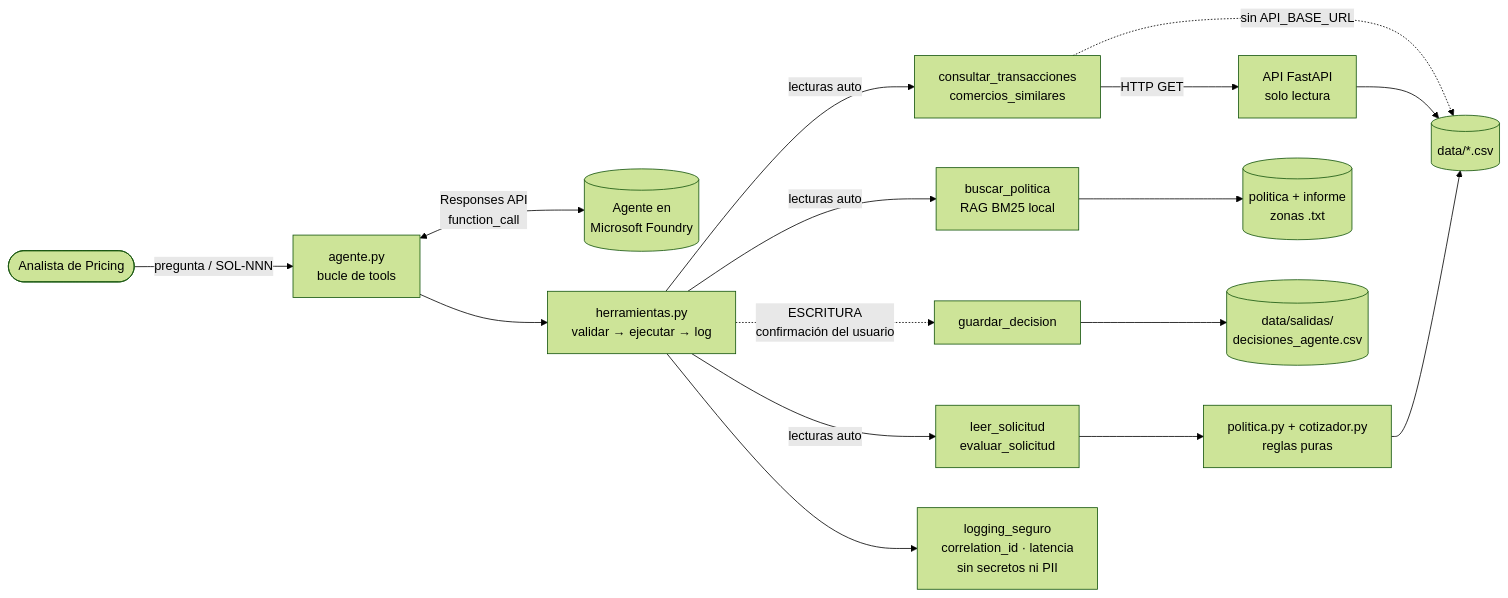
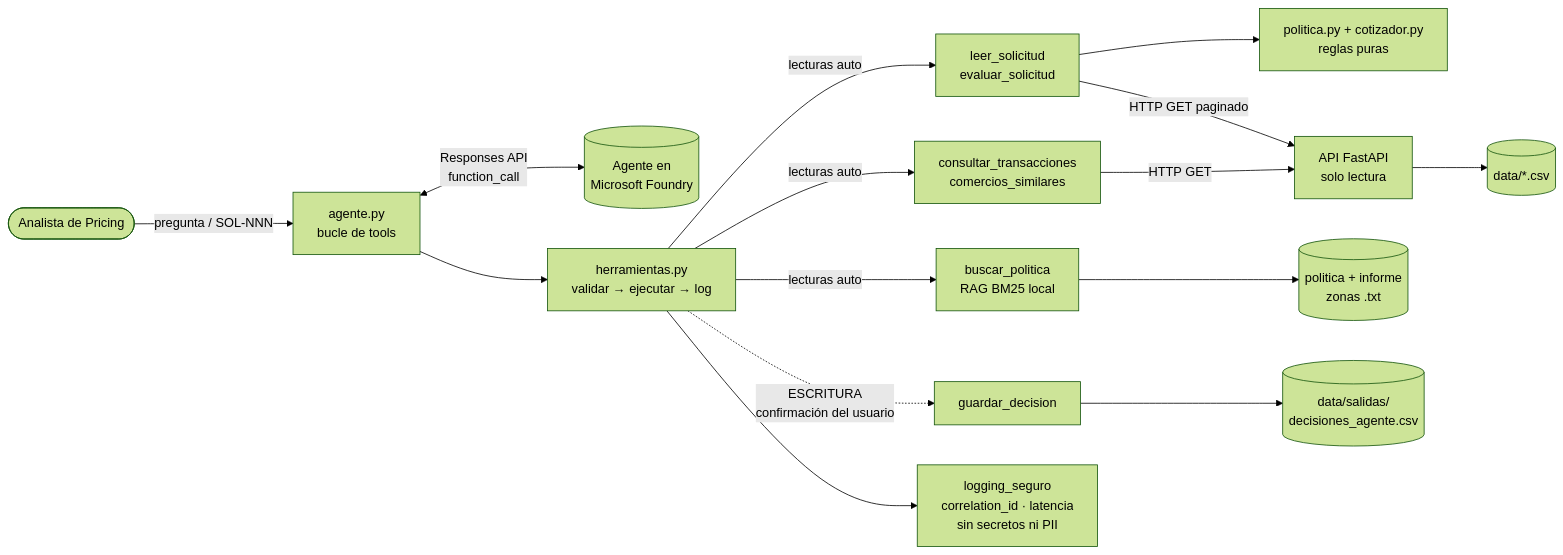
Before and after one commit to fabriquin56123/agente_cotizador: the diagram in docs/arquitectura.mmd, drawn with Mermaid (forest theme). The commit also changed 17 other files, not shown here.

```diff
--- a/docs/arquitectura.mmd
+++ b/docs/arquitectura.mmd
@@ -1,16 +1,15 @@
 flowchart LR
     U([Analista de Pricing]) -->|pregunta / SOL-NNN| A[agente.py<br/>bucle de tools]
     A <-->|Responses API<br/>function_call| F[(Agente en<br/>Microsoft Foundry)]
     A --> H[herramientas.py<br/>validar → ejecutar → log]
     H -->|lecturas auto| R1[leer_solicitud<br/>evaluar_solicitud]
     H -->|lecturas auto| R2[consultar_transacciones<br/>comercios_similares]
     H -->|lecturas auto| R3[buscar_politica<br/>RAG BM25 local]
     H -.->|ESCRITURA<br/>confirmación del usuario| W[guardar_decision]
     R1 --> P[politica.py + cotizador.py<br/>reglas puras]
-    R2 -->|HTTP GET| API[API FastAPI<br/>solo lectura]
-    R2 -.->|sin API_BASE_URL| CSV
+    R1 -->|HTTP GET paginado| API[API FastAPI<br/>solo lectura]
+    R2 -->|HTTP GET| API
     API --> CSV[(data/*.csv)]
-    P --> CSV
     R3 --> TXT[(politica + informe<br/>zonas .txt)]
     W --> OUT[(data/salidas/<br/>decisiones_agente.csv)]
     H --> L[logging_seguro<br/>correlation_id · latencia<br/>sin secretos ni PII]
```
